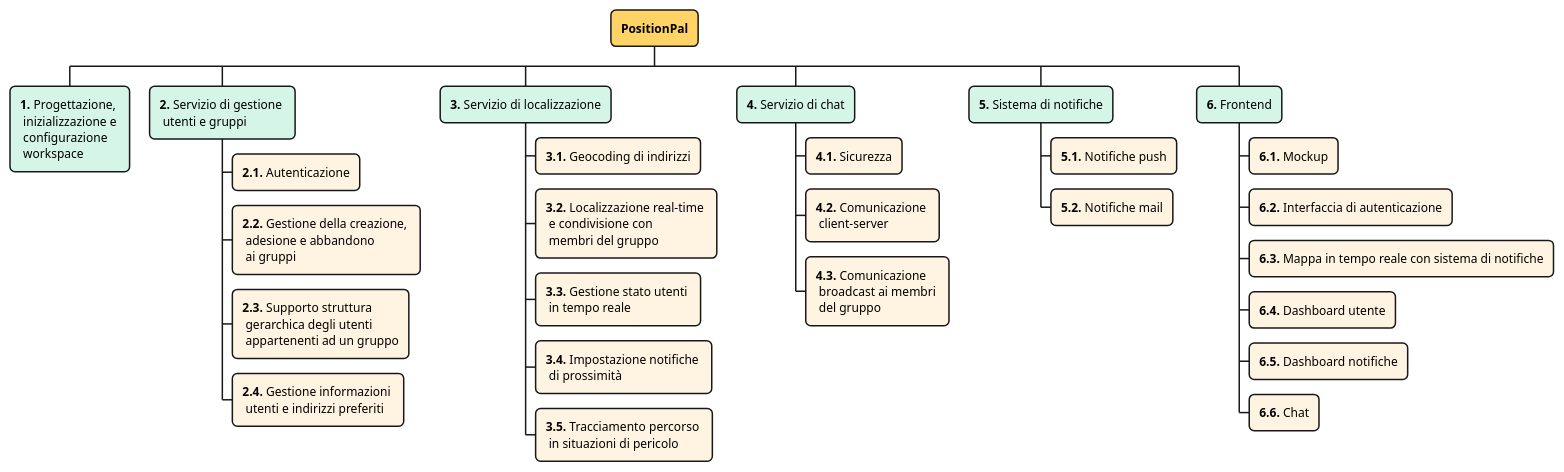
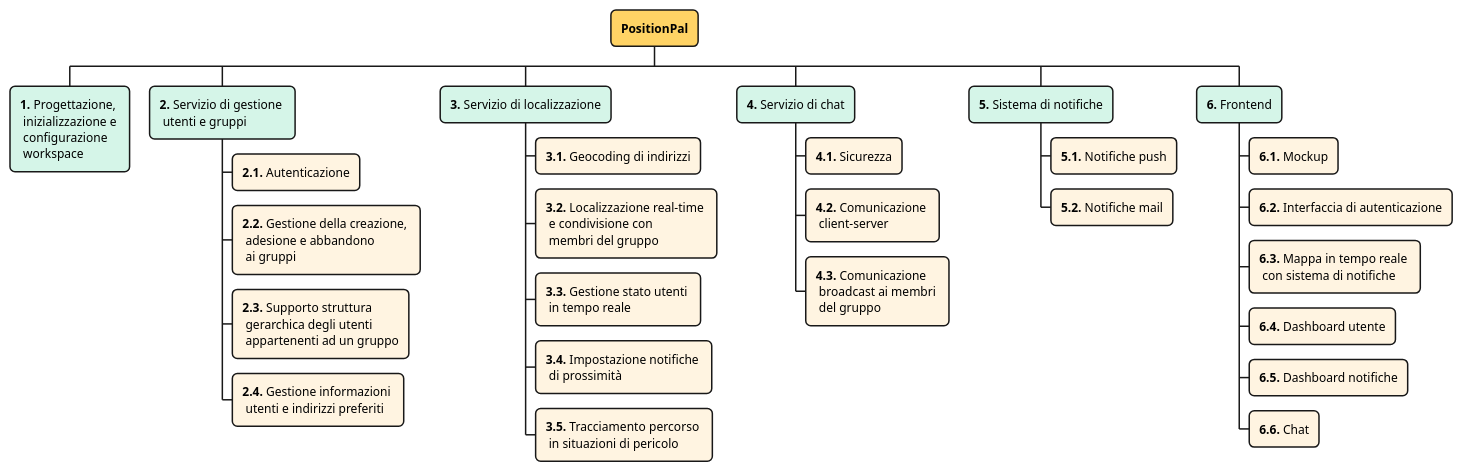
One commit to position-pal/PM-report changed the diagram in _attachments/2-rbs.md. Above: the diagram before and after it, drawn with PlantUML.

Commit message:
improve schema wbs

````diff
--- a/_attachments/2-rbs.md
+++ b/_attachments/2-rbs.md
@@ -54,56 +54,56 @@
 ```plantuml
 @startwbs rbs
 <style>
 node {
    RoundCorner 10
    :depth(0) {
       BackgroundColor #FFD365
    }
    :depth(1) {
       BackgroundColor #D5F5E8
    }
    :depth(2) {
       BackgroundColor #FFF4E1
    }
 }
 boxless { // will target boxless node with '_'
    FontColor #2C3E50
 }
 </style>
 
 + **PositionPal**
 
 ++ **1.** Progettazione, \n inizializzazione e \n configurazione \n workspace
 
 ++ **2.** Servizio di gestione \n utenti e gruppi
 +++ **2.1.** Autenticazione
 +++ **2.2.** Gestione della creazione, \n adesione e abbandono \n ai gruppi
 +++ **2.3.** Supporto struttura \n gerarchica degli utenti \n appartenenti ad un gruppo
 +++ **2.4.** Gestione informazioni \n utenti e indirizzi preferiti
 
 ++ **3.** Servizio di localizzazione
 +++ **3.1.** Geocoding di indirizzi
 +++ **3.2.** Localizzazione real-time \n e condivisione con \n membri del gruppo
 +++ **3.3.** Gestione stato utenti \n in tempo reale
 +++ **3.4.** Impostazione notifiche \n di prossimità
 +++ **3.5.** Tracciamento percorso \n in situazioni di pericolo
 
 ++ **4.** Servizio di chat
 +++ **4.1.** Sicurezza
 +++ **4.2.** Comunicazione \n client-server
 +++ **4.3.** Comunicazione \n broadcast ai membri \n del gruppo
 
 ++ **5.** Sistema di notifiche
 +++ **5.1.** Notifiche push
 +++ **5.2.** Notifiche mail
 
 ++ **6.** Frontend
 +++ **6.1.** Mockup
 +++ **6.2.** Interfaccia di autenticazione
-+++ **6.3.** Mappa in tempo reale con sistema di notifiche
++++ **6.3.** Mappa in tempo reale \n con sistema di notifiche
 +++ **6.4.** Dashboard utente
 +++ **6.5.** Dashboard notifiche
 +++ **6.6.** Chat
 
 @endwbs
 ```
````
